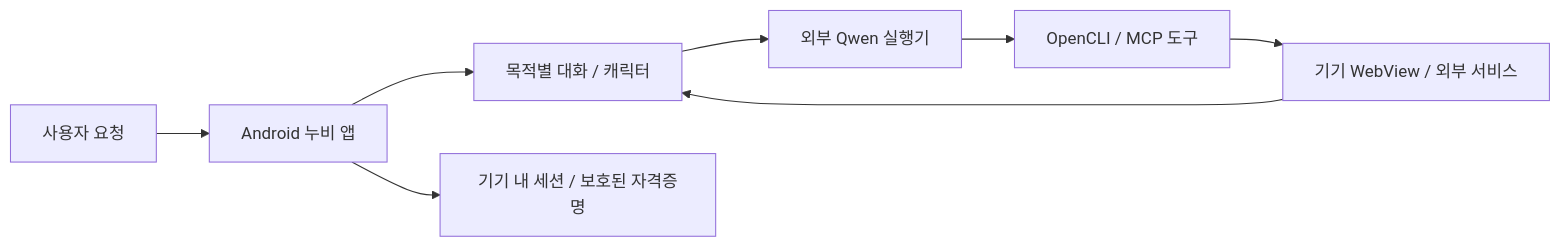
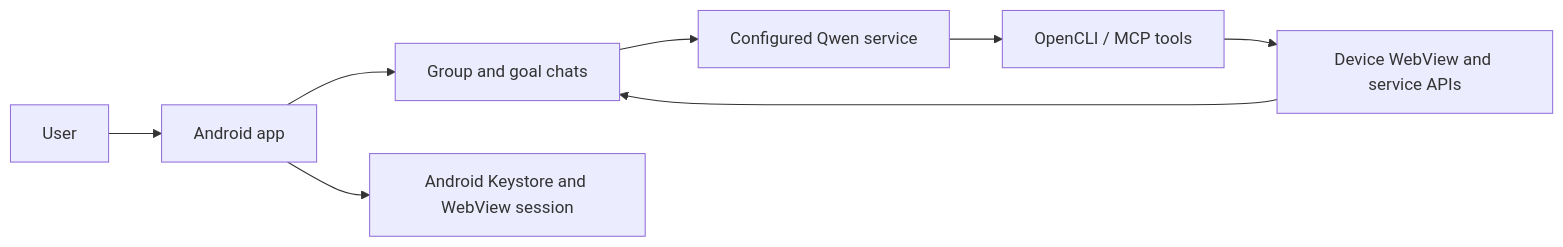
The diagram in README.md (hang154/Aside-Mobile), drawn with Mermaid before and after one commit. The commit also changed other lines of this file and 133 other files, not shown here.

````diff
--- a/README.md
+++ b/README.md
@@ -34,10 +28,10 @@
 ```mermaid
 flowchart LR
-    U[사용자 요청] --> A[Android 누비 앱]
-    A --> C[목적별 대화 / 캐릭터]
-    C --> Q[외부 Qwen 실행기]
-    Q --> M[OpenCLI / MCP 도구]
-    M --> W[기기 WebView / 외부 서비스]
-    W --> C
-    A --> S[기기 내 세션 / 보호된 자격증명]
+    U[User] --> A[Android app]
+    A --> C[Group and goal chats]
+    C --> Q[Configured Qwen service]
+    Q --> M[OpenCLI / MCP tools]
+    M --> D[Device WebView and service APIs]
+    D --> C
+    A --> K[Android Keystore and WebView session]
 ```
````
